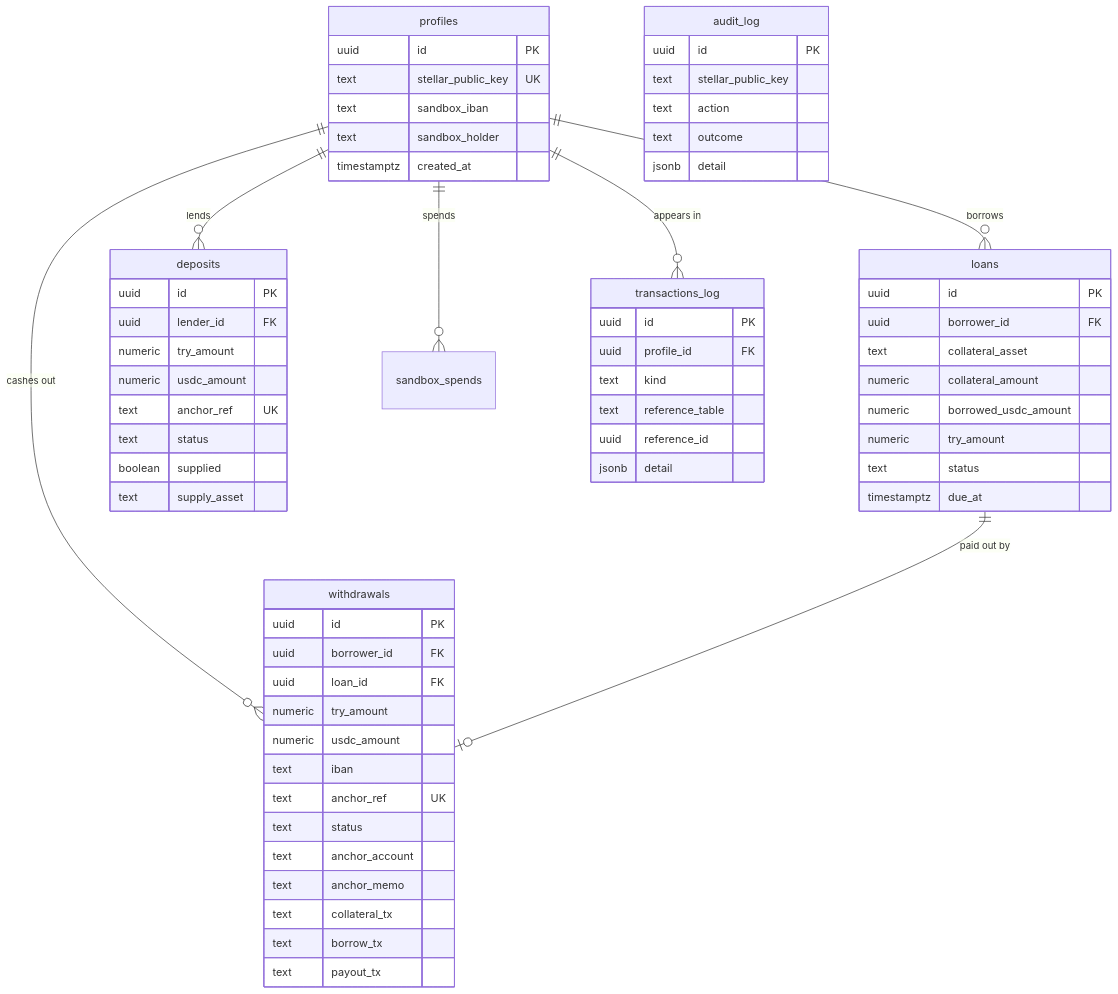
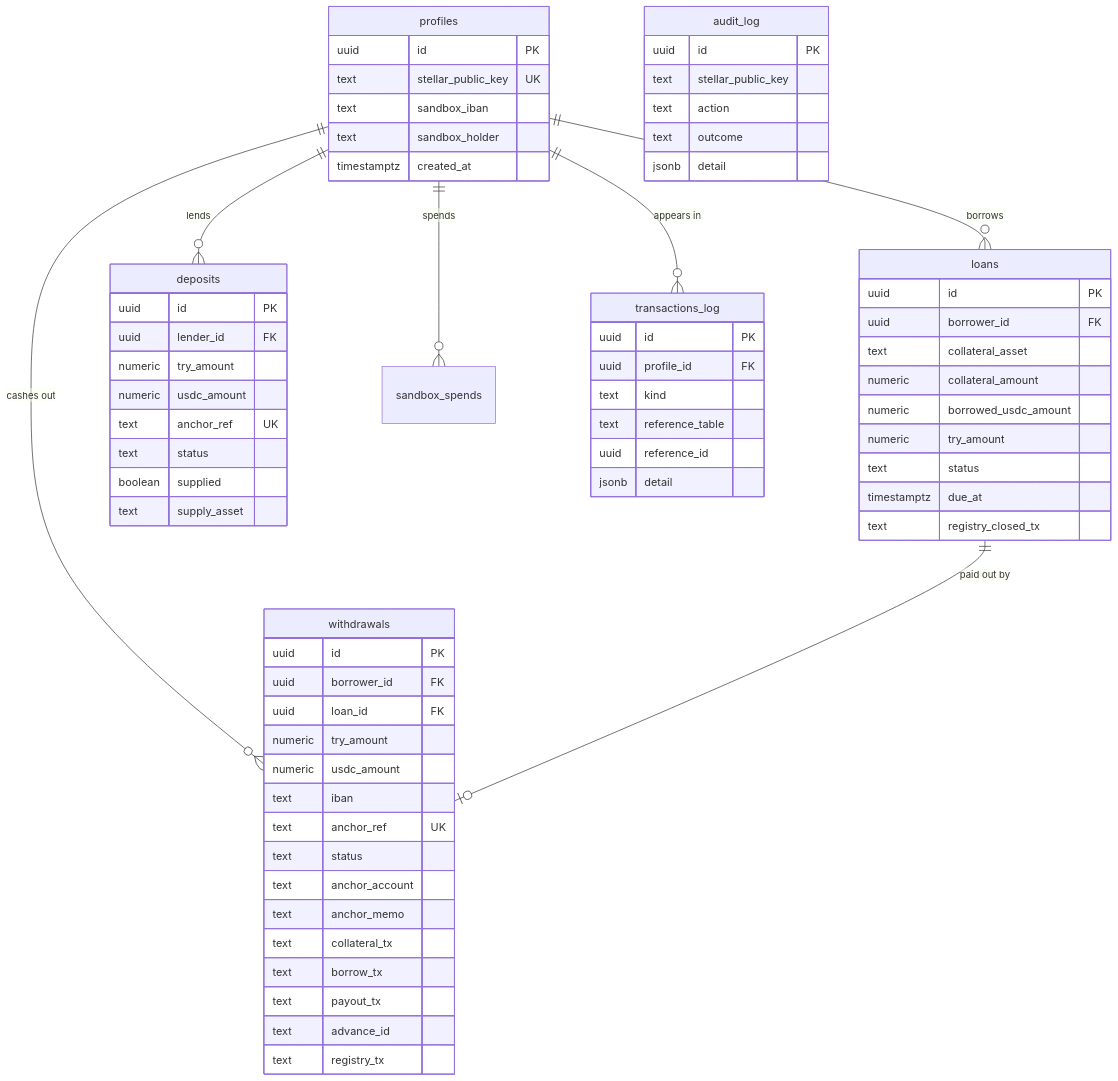
Before and after one commit to medine2906/stellend_: the first of 2 diagrams in docs/DATA-MODEL.md, drawn with Mermaid. The commit also changed other lines of this file and 40 other files, not shown here.

````diff
--- a/docs/DATA-MODEL.md
+++ b/docs/DATA-MODEL.md
@@ -16,67 +16,70 @@
 ```mermaid
 erDiagram
     profiles ||--o{ loans : borrows
     profiles ||--o{ deposits : lends
     profiles ||--o{ withdrawals : "cashes out"
     profiles ||--o{ sandbox_spends : spends
     profiles ||--o{ transactions_log : "appears in"
     loans ||--o| withdrawals : "paid out by"
 
     profiles {
         uuid id PK
         text stellar_public_key UK
         text sandbox_iban
         text sandbox_holder
         timestamptz created_at
     }
     loans {
         uuid id PK
         uuid borrower_id FK
         text collateral_asset
         numeric collateral_amount
         numeric borrowed_usdc_amount
         numeric try_amount
         text status
         timestamptz due_at
+        text registry_closed_tx
     }
     deposits {
         uuid id PK
         uuid lender_id FK
         numeric try_amount
         numeric usdc_amount
         text anchor_ref UK
         text status
         boolean supplied
         text supply_asset
     }
     withdrawals {
         uuid id PK
         uuid borrower_id FK
         uuid loan_id FK
         numeric try_amount
         numeric usdc_amount
         text iban
         text anchor_ref UK
         text status
         text anchor_account
         text anchor_memo
         text collateral_tx
         text borrow_tx
         text payout_tx
+        text advance_id
+        text registry_tx
     }
     transactions_log {
         uuid id PK
         uuid profile_id FK
         text kind
         text reference_table
         uuid reference_id
         jsonb detail
     }
     audit_log {
         uuid id PK
         text stellar_public_key
         text action
         text outcome
         jsonb detail
     }
 ```
````
